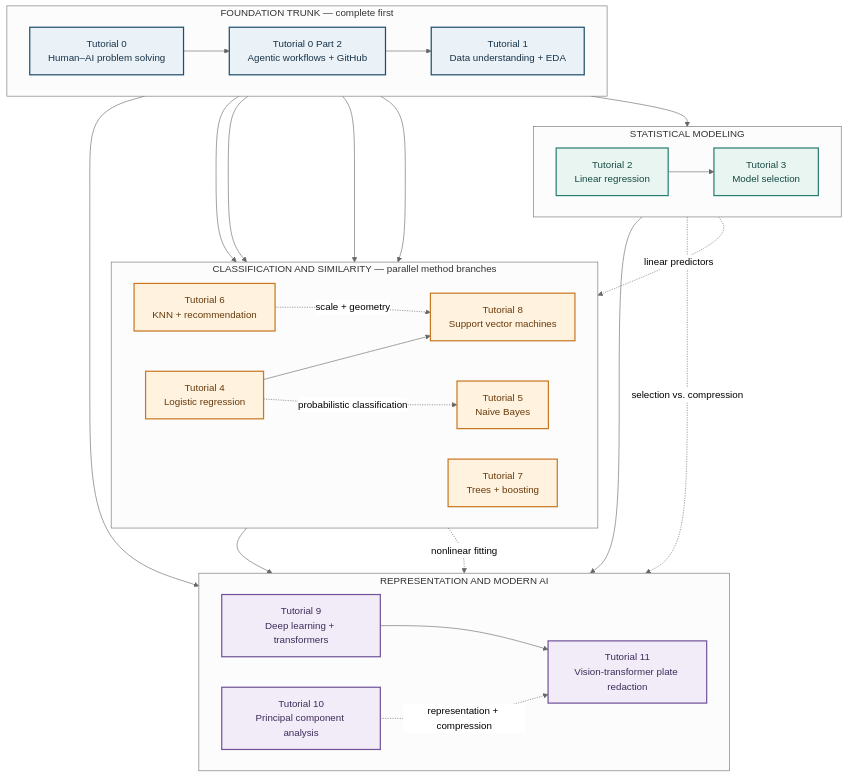
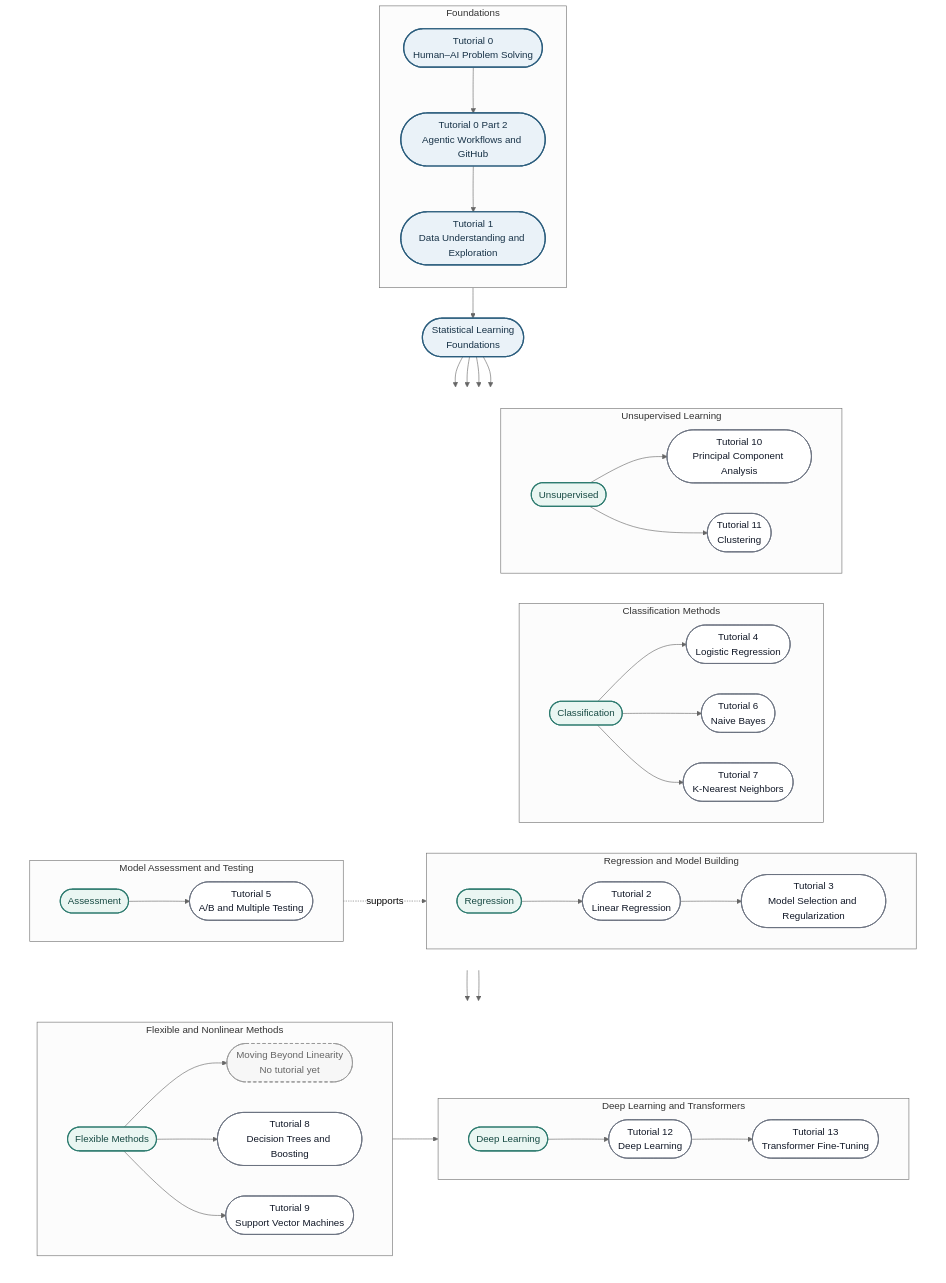
The diagram in README.md (aminrahimian/ai-for-social-good), drawn with Mermaid (neutral theme) before and after one commit. The commit also changed other lines of this file and 32 other files, not shown here.

````diff
--- a/README.md
+++ b/README.md
@@ -39,53 +46,83 @@
 ```mermaid
 flowchart TB
-    subgraph F["FOUNDATION TRUNK — complete first"]
-        direction LR
-        T0["Tutorial 0<br/>Human–AI problem solving"] --> T0P2["Tutorial 0 Part 2<br/>Agentic workflows + GitHub"] --> T1["Tutorial 1<br/>Data understanding + EDA"]
+
+    subgraph FOUND["Foundations"]
+        direction TB
+        T0(["Tutorial 0<br/>Human–AI Problem Solving"]) --> T0P2(["Tutorial 0 Part 2<br/>Agentic Workflows and GitHub"]) --> T1(["Tutorial 1<br/>Data Understanding and Exploration"])
     end
 
-    subgraph S["STATISTICAL MODELING"]
+    CORE(["Statistical Learning<br/>Foundations"])
+    T1 --> CORE
+
+    subgraph ROW1[" "]
         direction LR
-        T2["Tutorial 2<br/>Linear regression"] --> T3["Tutorial 3<br/>Model selection"]
+
+        subgraph REGBOX["Regression and Model Building"]
+            direction LR
+            REG(["Regression"])
+            T2(["Tutorial 2<br/>Linear Regression"]) --> T3(["Tutorial 3<br/>Model Selection and Regularization"])
+            REG --> T2
+        end
+
+        subgraph CLASSBOX["Classification Methods"]
+            direction LR
+            CLASSTOP(["Classification"])
+            CLASSTOP --> T4(["Tutorial 4<br/>Logistic Regression"])
+            CLASSTOP --> T6(["Tutorial 6<br/>Naive Bayes"])
+            CLASSTOP --> T7(["Tutorial 7<br/>K-Nearest Neighbors"])
+        end
+
+        subgraph TESTBOX["Model Assessment and Testing"]
+            direction LR
+            TESTTOP(["Assessment"])
+            TESTTOP --> T5(["Tutorial 5<br/>A/B and Multiple Testing"])
+        end
+
+        subgraph UNSUPBOX["Unsupervised Learning"]
+            direction LR
+            UNSUPTOP(["Unsupervised"])
+            UNSUPTOP --> T10(["Tutorial 10<br/>Principal Component Analysis"])
+            UNSUPTOP --> T11(["Tutorial 11<br/>Clustering"])
+        end
     end
 
-    subgraph C["CLASSIFICATION AND SIMILARITY — parallel method branches"]
+    subgraph ROW2[" "]
         direction LR
-        T4["Tutorial 4<br/>Logistic regression"]
-        T5["Tutorial 5<br/>Naive Bayes"]
-        T6["Tutorial 6<br/>KNN + recommendation"]
-        T7["Tutorial 7<br/>Trees + boosting"]
-        T8["Tutorial 8<br/>Support vector machines"]
+
+        subgraph FLEXBOX["Flexible and Nonlinear Methods"]
+            direction LR
+            FLEXTOP(["Flexible Methods"])
+            FLEXTOP --> NONPAR(["Moving Beyond Linearity<br/>No tutorial yet"])
+            FLEXTOP --> T8(["Tutorial 8<br/>Decision Trees and Boosting"])
+            FLEXTOP --> T9(["Tutorial 9<br/>Support Vector Machines"])
+        end
+
+        subgraph DEEPBOX["Deep Learning and Transformers"]
+            direction LR
+            DEEPTOP(["Deep Learning"])
+            DEEPTOP --> T12(["Tutorial 12<br/>Deep Learning"]) --> T13(["Tutorial 13<br/>Transformer Fine-Tuning"])
+        end
     end
 
-    subgraph M["REPRESENTATION AND MODERN AI"]
-        direction LR
-        T10["Tutorial 10<br/>Principal component analysis"]
-        T9["Tutorial 9<br/>Deep learning + transformers"] --> T11["Tutorial 11<br/>Vision-transformer plate redaction"]
-    end
+    CORE --> REG
+    CORE --> CLASSTOP
+    CORE --> TESTTOP
+    CORE --> UNSUPTOP
+    REG --> FLEXTOP
+    CLASSTOP --> FLEXTOP
+    FLEXTOP --> DEEPTOP
+    TESTTOP -. supports .-> T3
 
-    T1 --> T2
-    T1 --> T4
-    T1 --> T5
-    T1 --> T6
-    T1 --> T7
-    T1 --> T10
-    T4 --> T8
-    T2 --> T9
-    T4 --> T9
+    style ROW1 fill:none,stroke:none
+    style ROW2 fill:none,stroke:none
 
-    T2 -.->|linear predictors| T4
-    T4 -.->|probabilistic classification| T5
-    T3 -.->|selection vs. compression| T10
-    T6 -.->|scale + geometry| T8
-    T7 -.->|nonlinear fitting| T9
-    T10 -.->|representation + compression| T11
+    classDef foundation fill:#EAF2F8,stroke:#2B5D7D,color:#173247,stroke-width:2px;
+    classDef topic fill:#EAF6F2,stroke:#2D7B6F,color:#174A43,stroke-width:1.8px;
+    classDef tutorial fill:#FFFFFF,stroke:#6B7280,color:#111827,stroke-width:1.4px;
+    classDef empty fill:#F7F7F7,stroke:#999999,color:#666666,stroke-width:1.4px,stroke-dasharray:5 4;
 
-    classDef foundation fill:#EAF2F8,stroke:#1F4E6B,color:#173247,stroke-width:2px;
-    classDef statistics fill:#E8F5F1,stroke:#2A7F73,color:#174A43,stroke-width:2px;
-    classDef classical fill:#FFF2DE,stroke:#C97821,color:#673A0B,stroke-width:2px;
-    classDef modern fill:#F1ECF8,stroke:#72549A,color:#3E2C59,stroke-width:2px;
-    class T0,T0P2,T1 foundation;
-    class T2,T3 statistics;
-    class T4,T5,T6,T7,T8 classical;
-    class T9,T10,T11 modern;
+    class T0,T0P2,T1,CORE foundation;
+    class REG,CLASSTOP,TESTTOP,FLEXTOP,DEEPTOP,UNSUPTOP topic;
+    class T2,T3,T4,T5,T6,T7,T8,T9,T10,T11,T12,T13 tutorial;
+    class NONPAR empty;
 ```
````
